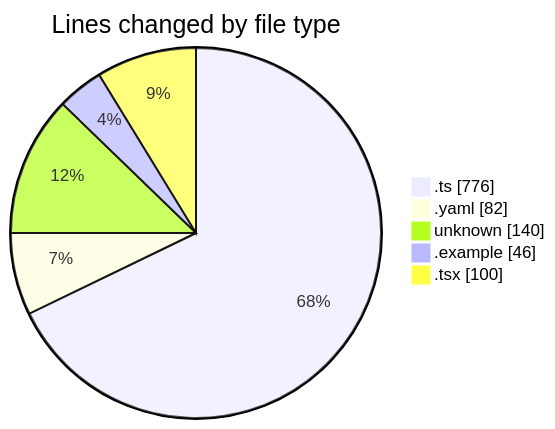
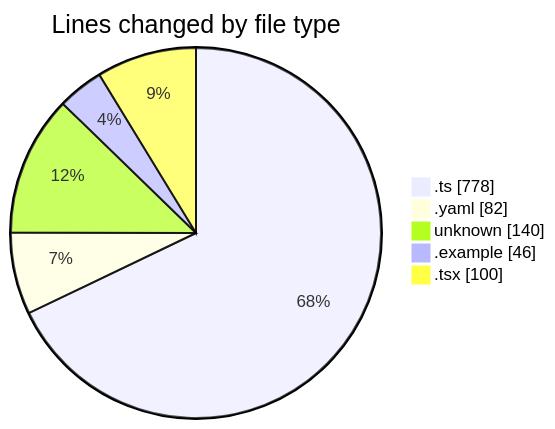
Before and after one commit to mevix1/code-tracking: the first of 2 diagrams in 2025-10-01/open-health/README.md, drawn with Mermaid. The commit also changed other lines of this file and 1 other file, not shown here.

````diff
--- a/2025-10-01/open-health/README.md
+++ b/2025-10-01/open-health/README.md
@@ -29,9 +29,9 @@
 ```mermaid
 pie showData
 title Lines changed by file type
-".ts" : 776
+".ts" : 778
 ".yaml" : 82
 "unknown" : 140
 ".example" : 46
 ".tsx" : 100
 ```
````
